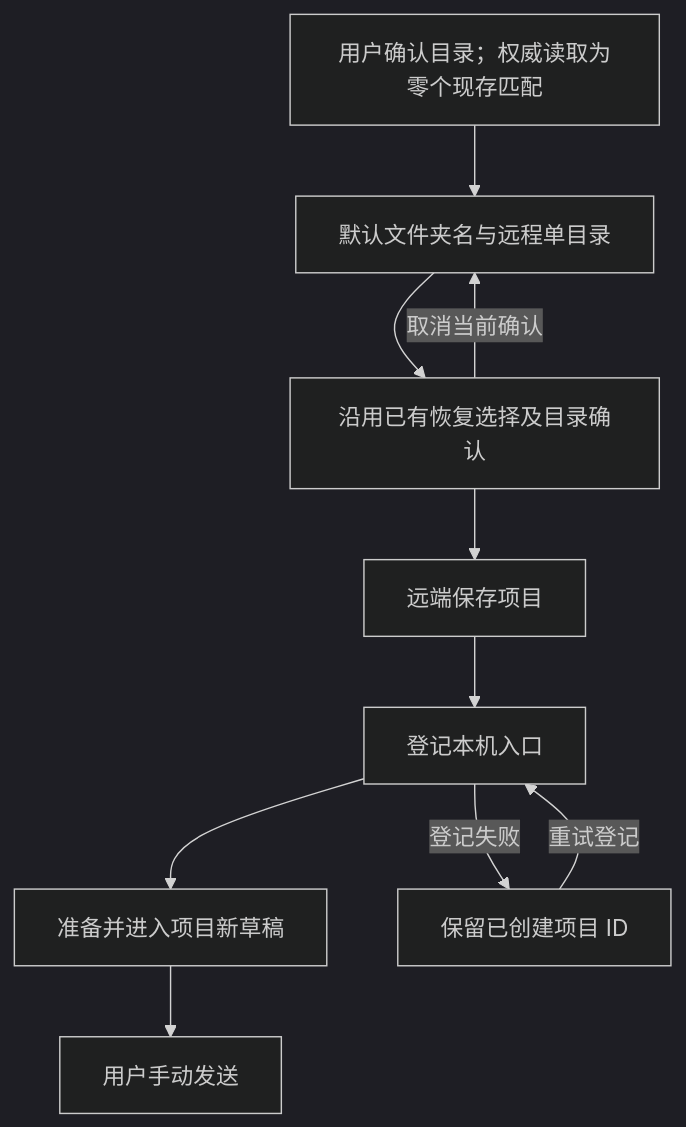
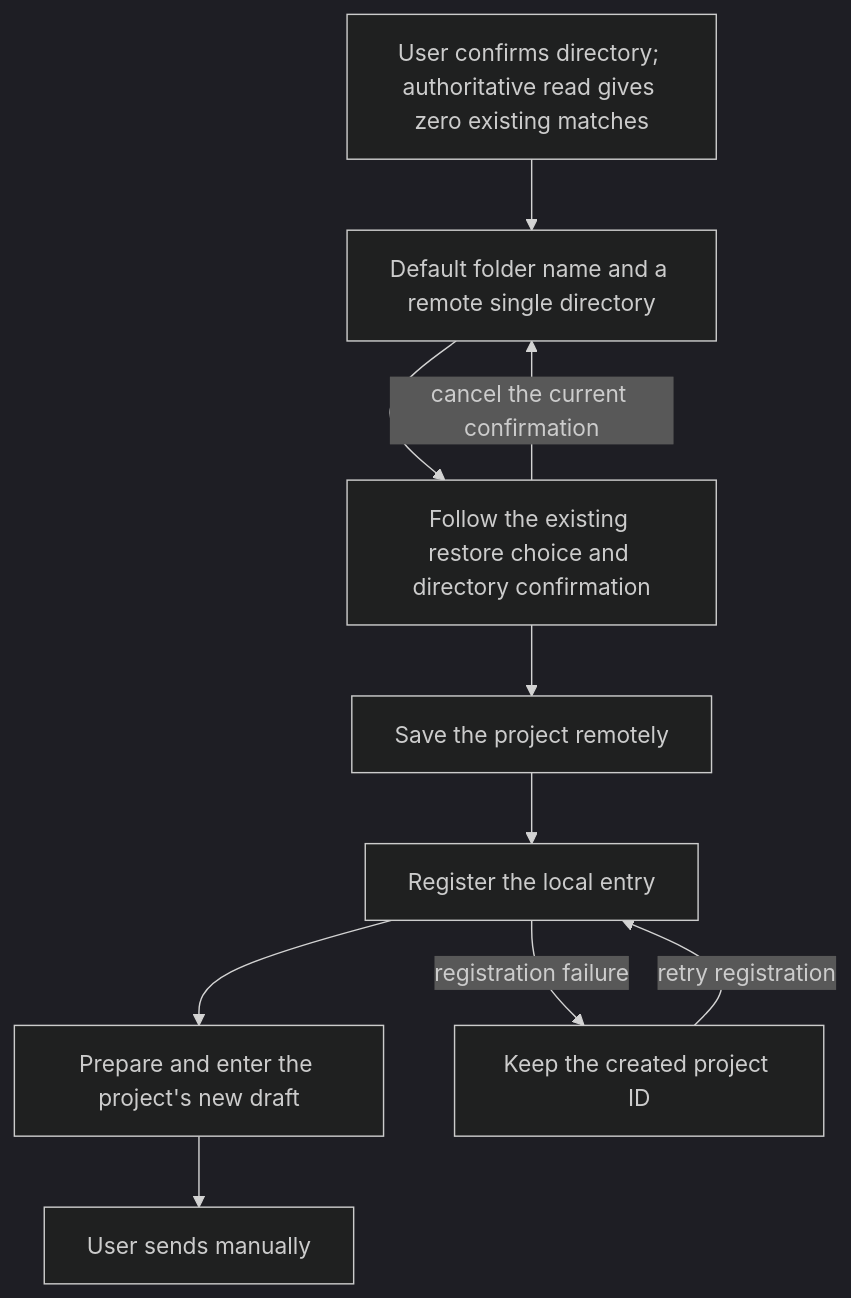
One commit to osben/ZCode changed the diagram in docs/issues/remote-connection-ux/25-chat-remote-folder-create-project.md. Above: the diagram before and after it, drawn with Mermaid (dark theme). The commit also changed other lines of this file and 30 other files, not shown here.

````diff
--- a/docs/issues/remote-connection-ux/25-chat-remote-folder-create-project.md
+++ b/docs/issues/remote-connection-ux/25-chat-remote-folder-create-project.md
@@ -15,12 +15,12 @@
 ```mermaid
 flowchart TD
-    A[用户确认目录；权威读取为零个现存匹配] --> B[默认文件夹名与远程单目录]
-    B --> C[沿用已有恢复选择及目录确认]
-    C --> D[远端保存项目]
-    D --> E[登记本机入口]
-    E --> F[准备并进入项目新草稿]
-    F --> G[用户手动发送]
-    E -->|登记失败| H[保留已创建项目 ID]
-    H -->|重试登记| E
-    C -->|取消当前确认| B
+    A[User confirms directory; authoritative read gives zero existing matches] --> B[Default folder name and a remote single directory]
+    B --> C[Follow the existing restore choice and directory confirmation]
+    C --> D[Save the project remotely]
+    D --> E[Register the local entry]
+    E --> F[Prepare and enter the project's new draft]
+    F --> G[User sends manually]
+    E -->|registration failure| H[Keep the created project ID]
+    H -->|retry registration| E
+    C -->|cancel the current confirmation| B
 ```
````
